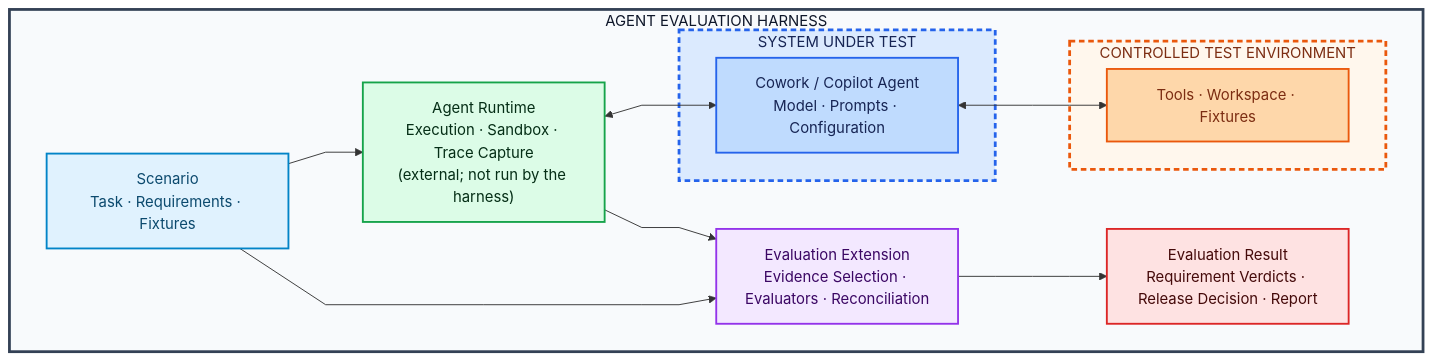
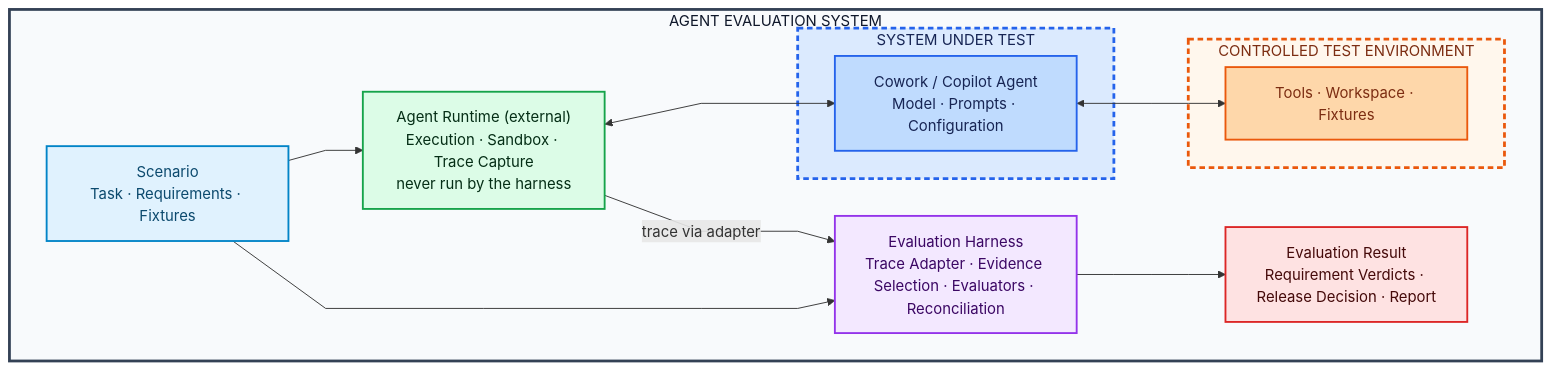
The diagram in ARCHITECTURE.md (rramchan12/agent-evaluation-workbench), drawn with Mermaid before and after one commit. The commit also changed other lines of this file and 9 other files, not shown here.

First line of the commit message:
Docs: align diagrams and adapter docs with adapter-only harness (#14)

````diff
--- a/ARCHITECTURE.md
+++ b/ARCHITECTURE.md
@@ -92,42 +92,42 @@
 ```mermaid
 %%{init: {"flowchart": {"curve": "linear", "nodeSpacing": 40, "rankSpacing": 55}}}%%
 flowchart LR
 
-    subgraph SYSTEM["AGENT EVALUATION HARNESS"]
+    subgraph SYSTEM["AGENT EVALUATION SYSTEM"]
         direction LR
 
         SCENARIO["Scenario<br/>Task · Requirements · Fixtures"]
 
         subgraph SUT["SYSTEM UNDER TEST"]
             AGENT["Cowork / Copilot Agent<br/>Model · Prompts · Configuration"]
         end
 
         subgraph CTE["CONTROLLED TEST ENVIRONMENT"]
             TOOLS["Tools · Workspace · Fixtures"]
         end
 
-        INSPECT["Agent Runtime<br/>Execution · Sandbox · Trace Capture<br/>(external; not run by the harness)"]
+        INSPECT["Agent Runtime (external)<br/>Execution · Sandbox · Trace Capture<br/>never run by the harness"]
 
-        EVALUATE["Evaluation Extension<br/>Evidence Selection · Evaluators · Reconciliation"]
+        EVALUATE["Evaluation Harness<br/>Trace Adapter · Evidence Selection · Evaluators · Reconciliation"]
 
         RESULT["Evaluation Result<br/>Requirement Verdicts · Release Decision · Report"]
 
         SCENARIO --> INSPECT
         INSPECT <--> AGENT
         AGENT <--> TOOLS
-        INSPECT --> EVALUATE
+        INSPECT -->|trace via adapter| EVALUATE
         SCENARIO --> EVALUATE
         EVALUATE --> RESULT
     end
 
     style SYSTEM fill:#f8fafc,stroke:#334155,stroke-width:3px,color:#0f172a
     style SUT fill:#dbeafe,stroke:#2563eb,stroke-width:3px,stroke-dasharray:6 4,color:#172554
     style CTE fill:#fff7ed,stroke:#ea580c,stroke-width:3px,stroke-dasharray:6 4,color:#7c2d12
 
     style SCENARIO fill:#e0f2fe,stroke:#0284c7,stroke-width:2px,color:#0c4a6e
     style AGENT fill:#bfdbfe,stroke:#2563eb,stroke-width:2px,color:#172554
     style TOOLS fill:#fed7aa,stroke:#ea580c,stroke-width:2px,color:#7c2d12
     style INSPECT fill:#dcfce7,stroke:#16a34a,stroke-width:2px,color:#052e16
     style EVALUATE fill:#f3e8ff,stroke:#9333ea,stroke-width:2px,color:#3b0764
     style RESULT fill:#fee2e2,stroke:#dc2626,stroke-width:2px,color:#450a0a
 ```
````
